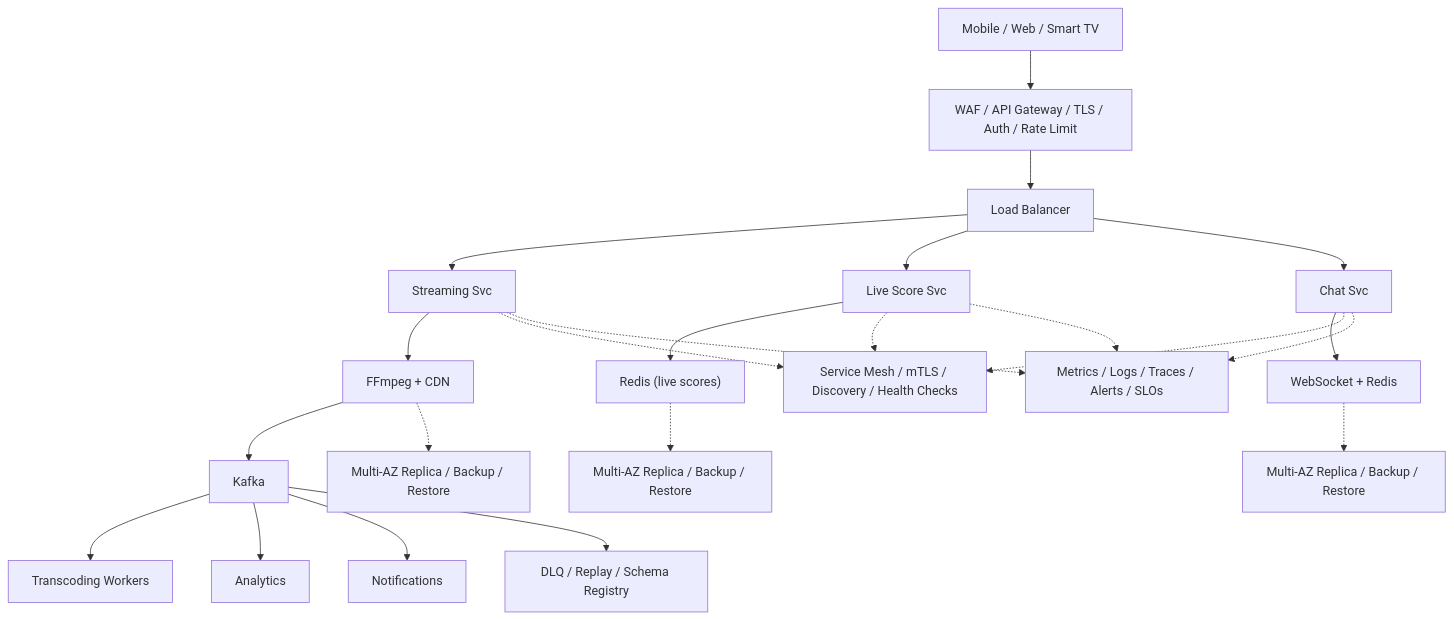
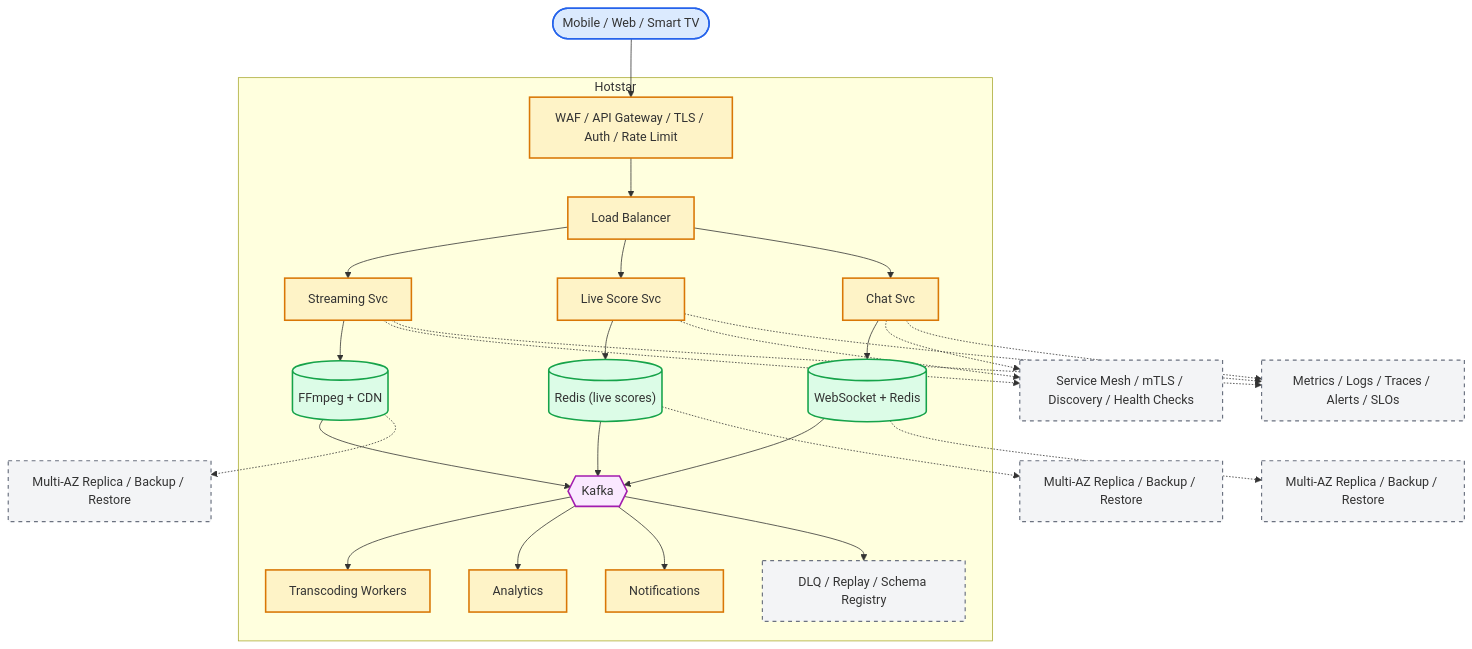
The diagram in system-design-hotstar.md (aishwary11/system-design), drawn with Mermaid before and after one commit. The commit also changed other lines of this file and 36 other files, not shown here.

First line of the commit message:
Standardize all diagrams on C4-style Mermaid template

````diff
--- a/system-design-hotstar.md
+++ b/system-design-hotstar.md
@@ -44,25 +44,65 @@
 ```mermaid
 flowchart TB
-    clients["Mobile / Web / Smart TV"] --> edge["WAF / API Gateway / TLS / Auth / Rate Limit"]
-    edge --> lb["Load Balancer"]
-    lb --> svc0["Streaming Svc"]
-    lb --> svc1["Live Score Svc"]
-    lb --> svc2["Chat Svc"]
-    svc0 --> store0["FFmpeg + CDN"]
-    svc1 --> store1["Redis (live scores)"]
-    svc2 --> store2["WebSocket + Redis"]
-    store0 --> stream["Kafka"]
-    stream --> worker0["Transcoding Workers"]
-    stream --> worker1["Analytics"]
-    stream --> worker2["Notifications"]
-    svc0 -.-> platform["Service Mesh / mTLS / Discovery / Health Checks"]
-    svc1 -.-> platform
-    svc2 -.-> platform
-    store0 -.-> backup0["Multi-AZ Replica / Backup / Restore"]
-    store1 -.-> backup1["Multi-AZ Replica / Backup / Restore"]
-    store2 -.-> backup2["Multi-AZ Replica / Backup / Restore"]
-    stream --> dlq["DLQ / Replay / Schema Registry"]
-    svc0 -.-> ops["Metrics / Logs / Traces / Alerts / SLOs"]
+    %% Actors (people)
+    clients(["Mobile / Web / Smart TV"])
+
+    %% System boundary - containers owned by the platform
+    subgraph platform["Hotstar"]
+        edge["WAF / API Gateway / TLS / Auth / Rate Limit"]
+        lb["Load Balancer"]
+        svc0["Streaming Svc"]
+        svc1["Live Score Svc"]
+        svc2["Chat Svc"]
+        store0[("FFmpeg + CDN")]
+        store1[("Redis (live scores)")]
+        store2[("WebSocket + Redis")]
+        stream{{"Kafka"}}
+        worker0["Transcoding Workers"]
+        worker1["Analytics"]
+        worker2["Notifications"]
+        dlq["DLQ / Replay / Schema Registry"]
+    end
+
+    %% Cross-cutting control plane (dashed edges)
+    mesh["Service Mesh / mTLS / Discovery / Health Checks"]
+    ops["Metrics / Logs / Traces / Alerts / SLOs"]
+    backup0["Multi-AZ Replica / Backup / Restore"]
+    backup1["Multi-AZ Replica / Backup / Restore"]
+    backup2["Multi-AZ Replica / Backup / Restore"]
+
+    clients --> edge
+    edge --> lb
+    lb --> svc0
+    lb --> svc1
+    lb --> svc2
+    svc0 --> store0
+    svc1 --> store1
+    svc2 --> store2
+    store0 --> stream
+    store1 --> stream
+    store2 --> stream
+    stream --> worker0
+    stream --> worker1
+    stream --> worker2
+    stream --> dlq
+    svc0 -.-> mesh
+    svc1 -.-> mesh
+    svc2 -.-> mesh
+    svc0 -.-> ops
     svc1 -.-> ops
     svc2 -.-> ops
+    store0 -.-> backup0
+    store1 -.-> backup1
+    store2 -.-> backup2
+
+    classDef actor fill:#dbeafe,stroke:#2563eb,stroke-width:2px
+    classDef service fill:#fef3c7,stroke:#d97706,stroke-width:2px
+    classDef store fill:#dcfce7,stroke:#16a34a,stroke-width:2px
+    classDef broker fill:#fae8ff,stroke:#a21caf,stroke-width:2px
+    classDef control fill:#f3f4f6,stroke:#6b7280,stroke-width:1.5px,stroke-dasharray:5 5
+    class clients actor
+    class edge,lb,svc0,svc1,svc2,worker0,worker1,worker2 service
+    class store0,store1,store2 store
+    class stream broker
+    class dlq,mesh,ops,backup0,backup1,backup2 control
 ```
````
